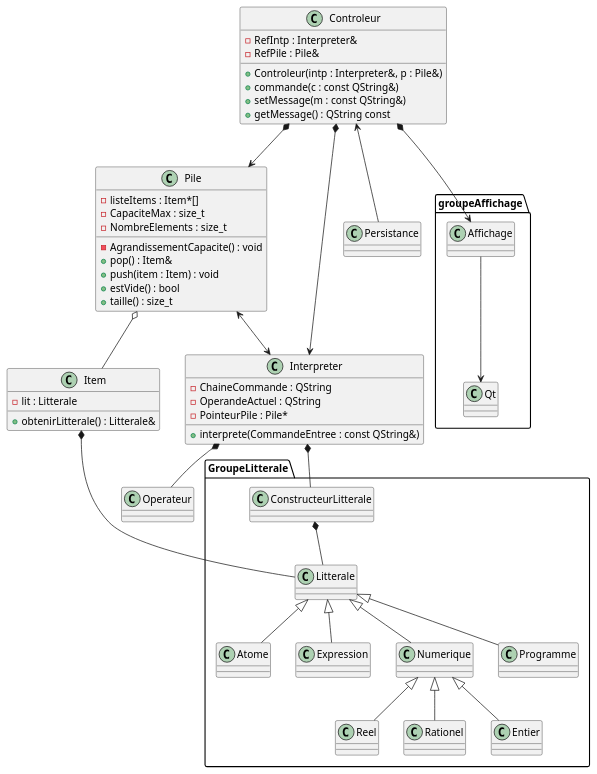
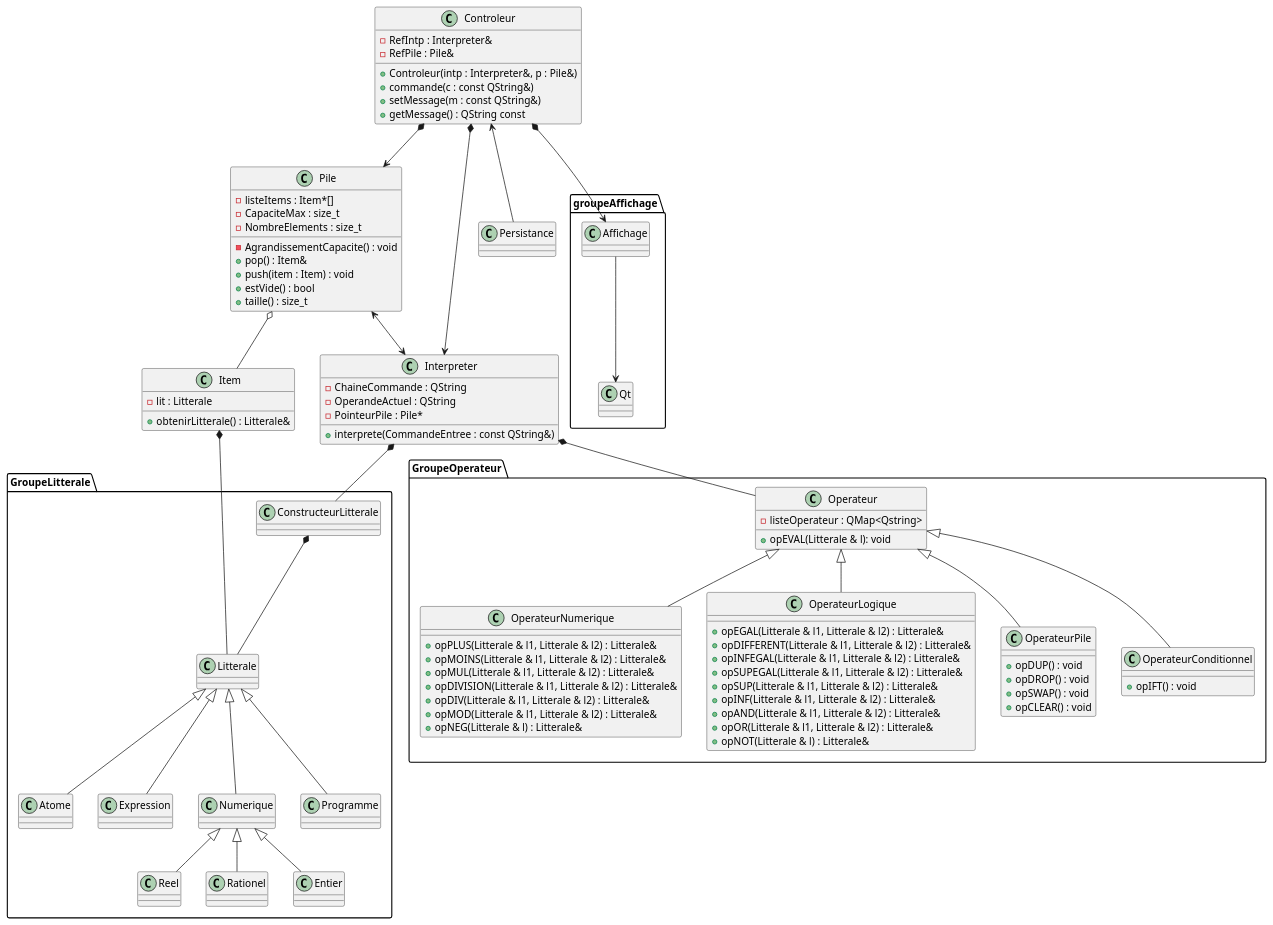
One commit to LouisJeanneau/LO21-Projet-CompUT changed the diagram in UML.puml. Above: the diagram before and after it, drawn with PlantUML.

Commit message:
Ajout de méthodes pour le groupe Opérateur

```diff
--- a/UML.puml
+++ b/UML.puml
@@ -1,120 +1,166 @@
 @startuml
 
 package "GroupeLitterale" {
     Class Litterale{
 
     }
 
     Class ConstructeurLitterale{
 
     }
 
     Class Atome{
 
     }
 
     Class Expression{
 
     }
 
     Class Numerique{
 
     }
 
     Class Reel{
 
     }
 
     Class Rationel{
 
     }
 
     Class Entier{
 
     }
 
     Class Programme{
 
     }
 
 }
 
 
 Class Item{
     -lit : Litterale
     +obtenirLitterale() : Litterale&
 }
 
+package "GroupeOperateur" {
+
 Class Operateur{
+    -listeOperateur : QMap<Qstring>
+    +opEVAL(Litterale & l): void
+}
+
+Class OperateurNumerique {
+    +opPLUS(Litterale & l1, Litterale & l2) : Litterale&
+    +opMOINS(Litterale & l1, Litterale & l2) : Litterale&
+    +opMUL(Litterale & l1, Litterale & l2) : Litterale&
+    +opDIVISION(Litterale & l1, Litterale & l2) : Litterale&
+    +opDIV(Litterale & l1, Litterale & l2) : Litterale&
+    +opMOD(Litterale & l1, Litterale & l2) : Litterale&
+    +opNEG(Litterale & l) : Litterale&
+}
+
+Class OperateurLogique {
+    +opEGAL(Litterale & l1, Litterale & l2) : Litterale&
+    +opDIFFERENT(Litterale & l1, Litterale & l2) : Litterale&
+    +opINFEGAL(Litterale & l1, Litterale & l2) : Litterale&
+    +opSUPEGAL(Litterale & l1, Litterale & l2) : Litterale&
+    +opSUP(Litterale & l1, Litterale & l2) : Litterale&
+    +opINF(Litterale & l1, Litterale & l2) : Litterale&
+    +opAND(Litterale & l1, Litterale & l2) : Litterale&
+    +opOR(Litterale & l1, Litterale & l2) : Litterale&
+    +opNOT(Litterale & l) : Litterale&
+
+
+}
+
+Class OperateurPile {
+    +opDUP() : void
+    +opDROP() : void
+    +opSWAP() : void 
+    +opCLEAR() : void
+}
+
+Class OperateurConditionnel {
+    +opIFT() : void
+}
+
+
 
 }
 
 
 Class Pile{
     -listeItems : Item*[]
     -CapaciteMax : size_t
     -NombreElements : size_t
     -AgrandissementCapacite() : void
     +pop() : Item&
     +push(item : Item) : void
     +estVide() : bool
     +taille() : size_t
 
 
 
 }
 
 Class Interpreter{
     -ChaineCommande : QString
     -OperandeActuel : QString
     -PointeurPile : Pile*
     +interprete(CommandeEntree : const QString&)
 }
 
 Class Controleur{
     -RefIntp : Interpreter&
     -RefPile : Pile&
     +Controleur(intp : Interpreter&, p : Pile&)
     +commande(c : const QString&)
     +setMessage(m : const QString&)
     +getMessage() : QString const
 }
 
 Class Persistance{
 
 }
 
 package "groupeAffichage" {
 
     Class Affichage{
 
     }
 
     Class Qt {
 
     }
 
 }
 
 Litterale <|-- Programme
 Litterale <|-- Numerique
 Litterale <|-- Expression
 Litterale <|-- Atome
 Numerique <|-- Reel
 Numerique <|-- Rationel
 Numerique <|-- Entier
 
+Operateur <|-- OperateurNumerique
+Operateur <|-- OperateurLogique
+Operateur <|-- OperateurPile
+Operateur <|-- OperateurConditionnel 
 
 ConstructeurLitterale *-- Litterale
 Interpreter *-- Operateur
 Interpreter *-- ConstructeurLitterale
 Item *-- Litterale
 Pile o-- Item
 Pile <--> Interpreter
 Controleur *--> Interpreter
 Controleur *--> Pile
 Controleur <-- Persistance
 Controleur *--> Affichage
 Affichage --> Qt
 
 @enduml
```
